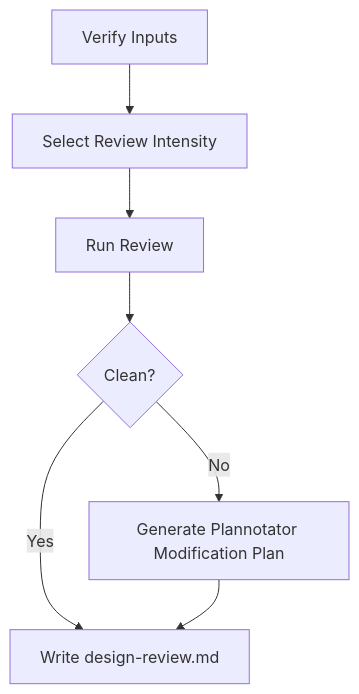
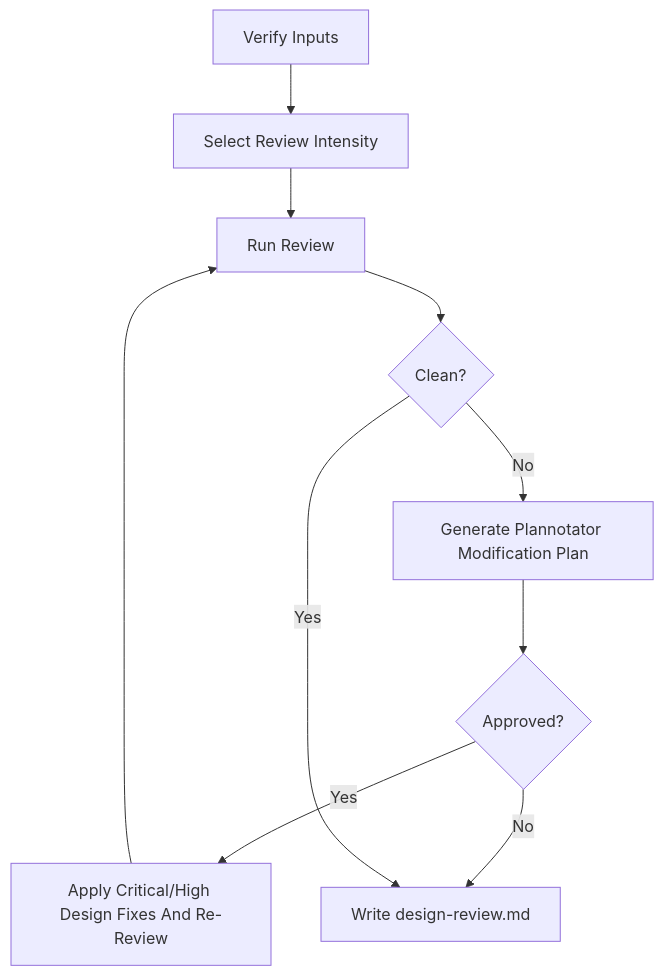
Before and after one commit to linghaoSu/agent-plugins: the diagram in idea-to-ship/skills/review-design/SKILL.md, drawn with Mermaid. The commit also changed other lines of this file and 6 other files, not shown here.

Commit message:
feat(review): add approved critical-high fix loop

````diff
--- a/idea-to-ship/skills/review-design/SKILL.md
+++ b/idea-to-ship/skills/review-design/SKILL.md
@@ -90,9 +98,12 @@
 ```mermaid
 flowchart TD
   A[Verify Inputs] --> B[Select Review Intensity]
   B --> C[Run Review]
   C --> D{Clean?}
   D -- No --> E[Generate Plannotator Modification Plan]
+  E --> G{Approved?}
+  G -- Yes --> H[Apply Critical/High Design Fixes And Re-Review]
+  G -- No --> F
+  H --> C
   D -- Yes --> F[Write design-review.md]
-  E --> F
 ```
````
